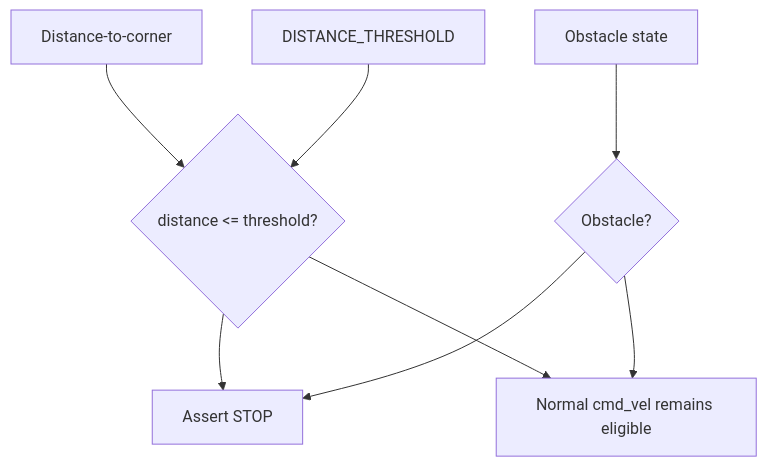
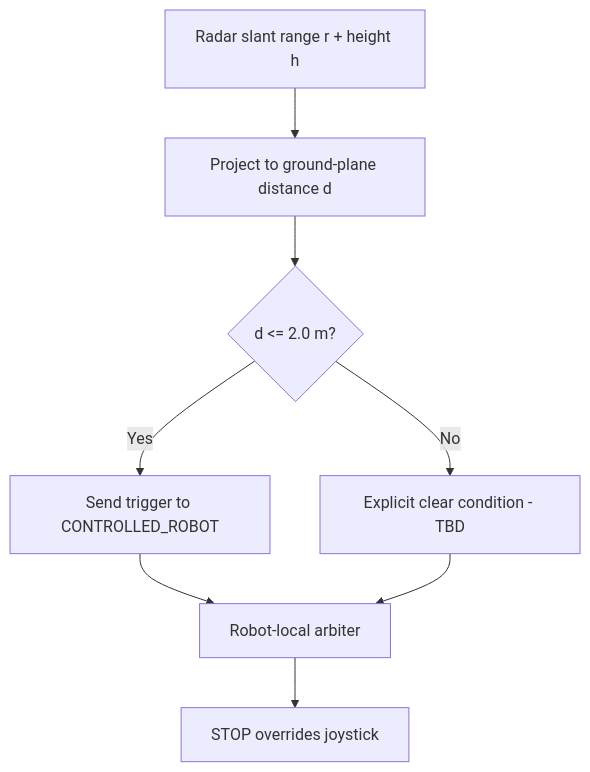
Before and after one commit to kirolossedra/RIS-Robotics: diagram 15 of 21 in docs/architecture/system/overview.md, drawn with Mermaid. The commit also changed other lines of this file and 27 other files, not shown here.

Commit message:
docs: specify Husky corner proximity trigger protocol

````diff
--- a/docs/architecture/system/overview.md
+++ b/docs/architecture/system/overview.md
@@ -439,18 +439,14 @@
 ```mermaid
 flowchart TD
-    OBS[Obstacle state]
-    DIST[Distance-to-corner]
-    THR[DISTANCE_THRESHOLD]
-    NEAR{distance <= threshold?}
-    UNSAFE{Obstacle?}
-    STOP[Assert STOP]
-    PASS[Normal cmd_vel remains eligible]
+    RANGE[Radar slant range r + height h]
+    PROJECT[Project to ground-plane distance d]
+    NEAR{d <= 2.0 m?}
+    EVENT[Send trigger to CONTROLLED_ROBOT]
+    ARB[Robot-local arbiter]
+    STOP[STOP overrides joystick]
+    CLEAR[Explicit clear condition - TBD]
 
-    DIST --> NEAR
-    THR --> NEAR
-    OBS --> UNSAFE
-    NEAR --> STOP
-    UNSAFE --> STOP
-    NEAR --> PASS
-    UNSAFE --> PASS
+    RANGE --> PROJECT --> NEAR
+    NEAR -->|Yes| EVENT --> ARB --> STOP
+    NEAR -->|No| CLEAR --> ARB
 ```
````
